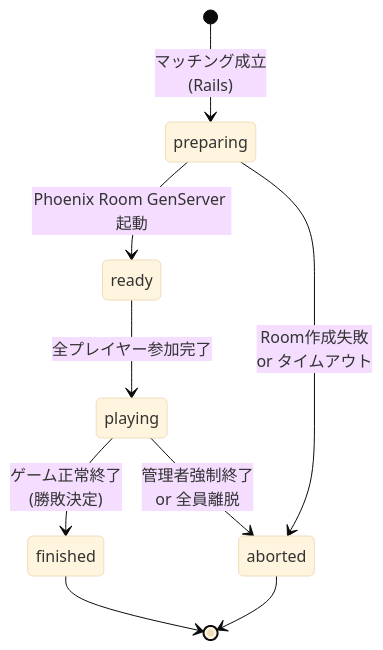
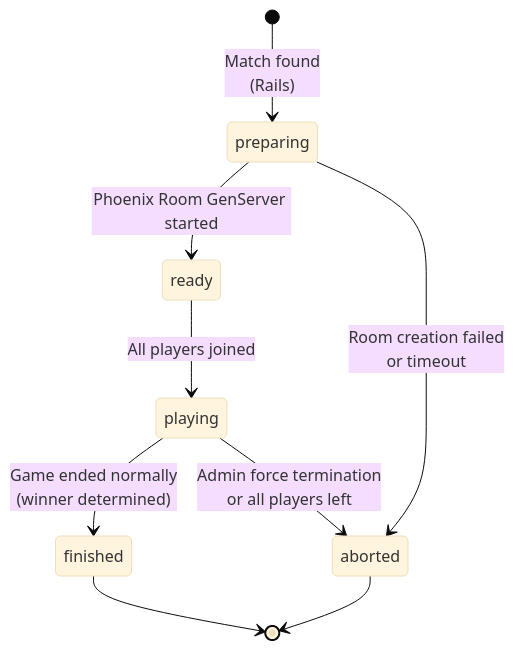
The eighth of 8 diagrams in docs/sequences.md (naokirin/room-based-multiplayer-poc), drawn with Mermaid (base theme) before and after one commit. The commit also changed other lines of this file and 3 other files, not shown here.

````diff
--- a/docs/sequences.md
+++ b/docs/sequences.md
@@ -249,15 +249,15 @@
 ```mermaid
 stateDiagram-v2
-    [*] --> preparing: マッチング成立<br/>(Rails)
+    [*] --> preparing: Match found<br/>(Rails)
 
-    preparing --> ready: Phoenix Room GenServer 起動
-    ready --> playing: 全プレイヤー参加完了
+    preparing --> ready: Phoenix Room GenServer started
+    ready --> playing: All players joined
 
-    playing --> finished: ゲーム正常終了<br/>(勝敗決定)
-    playing --> aborted: 管理者強制終了<br/>or 全員離脱
+    playing --> finished: Game ended normally<br/>(winner determined)
+    playing --> aborted: Admin force termination<br/>or all players left
 
-    preparing --> aborted: Room作成失敗<br/>or タイムアウト
+    preparing --> aborted: Room creation failed<br/>or timeout
 
     finished --> [*]
     aborted --> [*]
 ```
````
